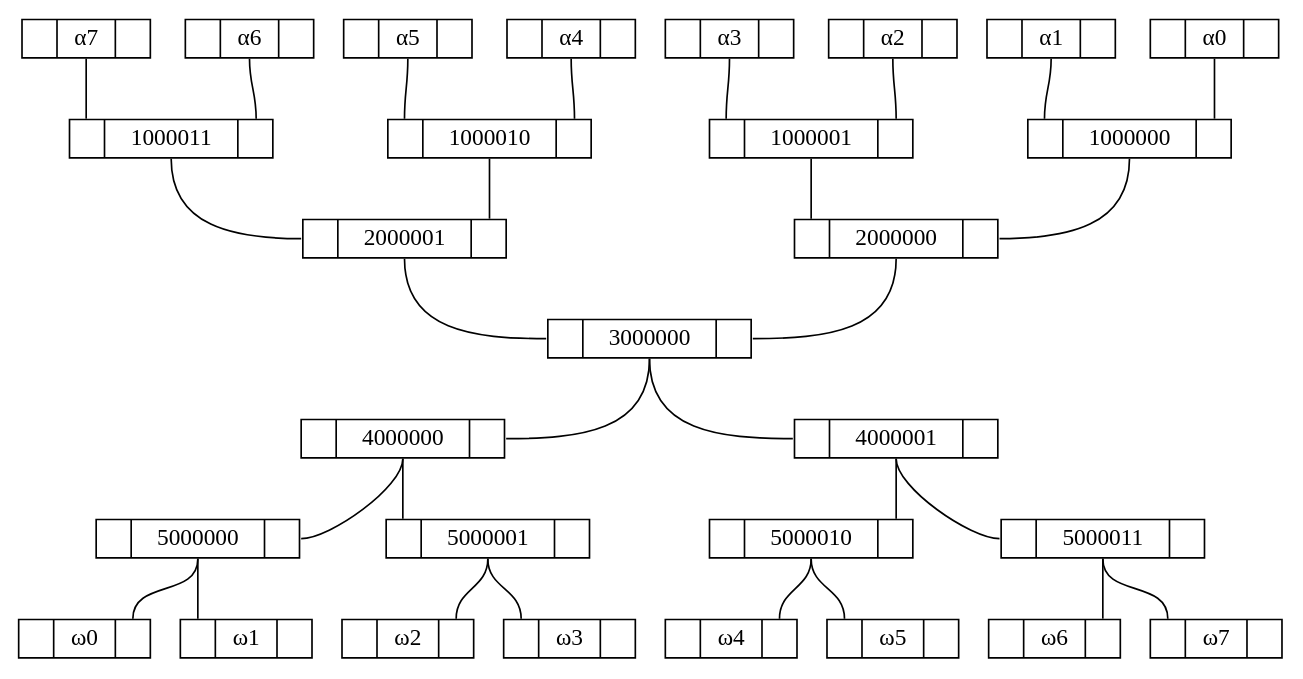
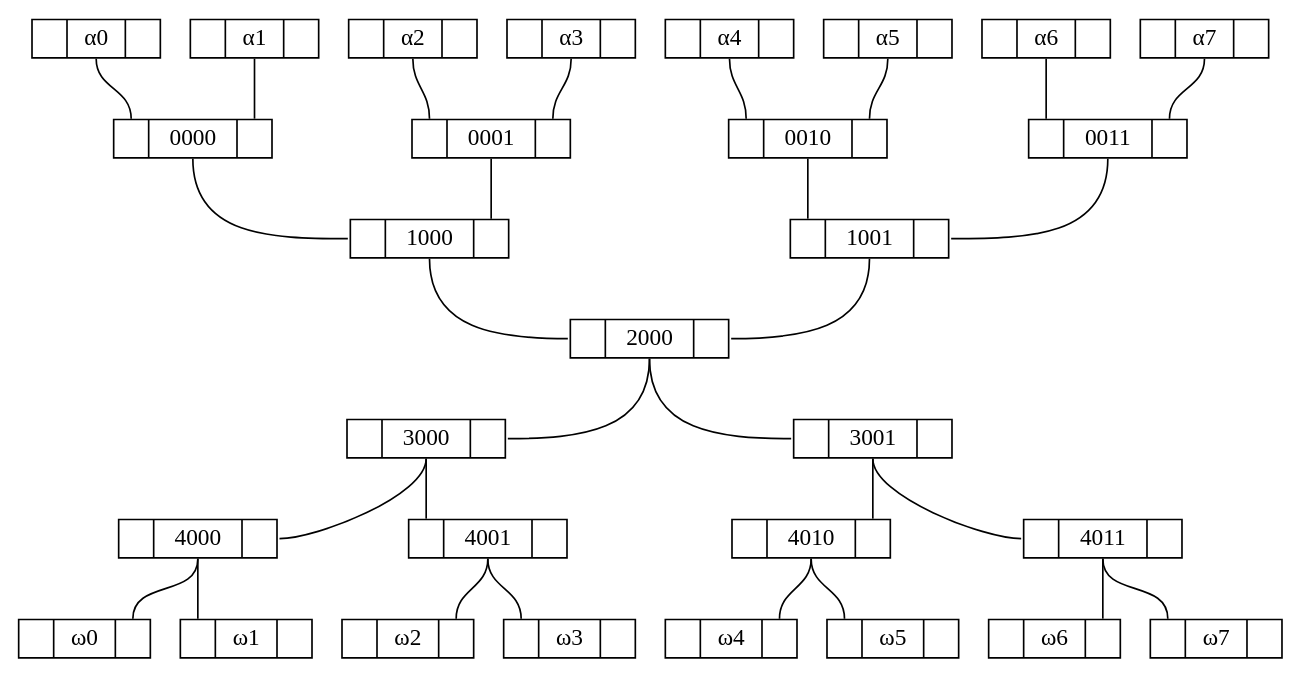
One commit to grootstebozewolf/networks changed the diagram in 8 binairy tree general.gv. Above: the diagram before and after it, drawn with Graphviz. The commit also changed 6 other files, not shown here.

```diff
--- a/8 binairy tree general.gv
+++ b/8 binairy tree general.gv
@@ -1,60 +1,61 @@
 graph "8 binairy tree general" {
 	node [height=.1 shape=record]
-	"α000000" [label="<f0> |<f1> α0|<f2>"]
-	"α000000":f1 -- 1000000:f2
-	"α000001" [label="<f0> |<f1> α1|<f2>"]
-	"α000001":f1 -- 1000000:f0
-	"α000010" [label="<f0> |<f1> α2|<f2>"]
-	"α000010":f1 -- 1000001:f2
-	"α000011" [label="<f0> |<f1> α3|<f2>"]
-	"α000011":f1 -- 1000001:f0
-	"α000100" [label="<f0> |<f1> α4|<f2>"]
-	"α000100":f1 -- 1000010:f2
-	"α000101" [label="<f0> |<f1> α5|<f2>"]
-	"α000101":f1 -- 1000010:f0
-	"α000110" [label="<f0> |<f1> α6|<f2>"]
-	"α000110":f1 -- 1000011:f2
-	"α000111" [label="<f0> |<f1> α7|<f2>"]
-	"α000111":f1 -- 1000011:f0
-	"ω000000" [label="<f0> |<f1> ω0|<f2>"]
-	"ω000001" [label="<f0> |<f1> ω1|<f2>"]
-	"ω000010" [label="<f0> |<f1> ω2|<f2>"]
-	"ω000011" [label="<f0> |<f1> ω3|<f2>"]
-	"ω000100" [label="<f0> |<f1> ω4|<f2>"]
-	"ω000101" [label="<f0> |<f1> ω5|<f2>"]
-	"ω000110" [label="<f0> |<f1> ω6|<f2>"]
-	"ω000111" [label="<f0> |<f1> ω7|<f2>"]
-	1000000 [label="<f0> |<f1> 1000000|<f2>"]
-	1000000:f1 -- 2000000:f2
-	1000001 [label="<f0> |<f1> 1000001|<f2>"]
-	1000001:f1 -- 2000000:f0
-	1000010 [label="<f0> |<f1> 1000010|<f2>"]
-	1000010:f1 -- 2000001:f2
-	1000011 [label="<f0> |<f1> 1000011|<f2>"]
-	1000011:f1 -- 2000001:f0
-	5000000 [label="<f0> |<f1> 5000000|<f2>"]
-	5000000:f1 -- "ω000000":f2
-	5000000:f1 -- "ω000001":f0
-	5000001 [label="<f0> |<f1> 5000001|<f2>"]
-	5000001:f1 -- "ω000010":f2
-	5000001:f1 -- "ω000011":f0
-	5000010 [label="<f0> |<f1> 5000010|<f2>"]
-	5000010:f1 -- "ω000100":f2
-	5000010:f1 -- "ω000101":f0
-	5000011 [label="<f0> |<f1> 5000011|<f2>"]
-	5000011:f1 -- "ω000110":f2
-	5000011:f1 -- "ω000111":f0
-	3000000 [label="<f0> |<f1> 3000000|<f2>"]
-	3000000:f1 -- 4000000:f2
-	3000000:f1 -- 4000001:f0
-	2000000 [label="<f0> |<f1> 2000000|<f2>"]
-	2000000:f1 -- 3000000:f2
-	2000001 [label="<f0> |<f1> 2000001|<f2>"]
-	2000001:f1 -- 3000000:f0
-	4000000 [label="<f0> |<f1> 4000000|<f2>"]
-	4000000:f1 -- 5000000:f2
-	4000000:f1 -- 5000001:f0
-	4000001 [label="<f0> |<f1> 4000001|<f2>"]
-	4000001:f1 -- 5000010:f2
-	4000001:f1 -- 5000011:f0
+	"α000" [label="<f0> |<f1> α0|<f2>"]
+	"α000":f1 -- 0000:f0
+	"α001" [label="<f0> |<f1> α1|<f2>"]
+	"α001":f1 -- 0000:f2
+	"α010" [label="<f0> |<f1> α2|<f2>"]
+	"α010":f1 -- 0001:f0
+	"α011" [label="<f0> |<f1> α3|<f2>"]
+	"α011":f1 -- 0001:f2
+	"α100" [label="<f0> |<f1> α4|<f2>"]
+	"α100":f1 -- 0010:f0
+	"α101" [label="<f0> |<f1> α5|<f2>"]
+	"α101":f1 -- 0010:f2
+	"α110" [label="<f0> |<f1> α6|<f2>"]
+	"α110":f1 -- 0011:f0
+	"α111" [label="<f0> |<f1> α7|<f2>"]
+	"α111":f1 -- 0011:f2
+	"ω000" [label="<f0> |<f1> ω0|<f2>"]
+	"ω001" [label="<f0> |<f1> ω1|<f2>"]
+	"ω010" [label="<f0> |<f1> ω2|<f2>"]
+	"ω011" [label="<f0> |<f1> ω3|<f2>"]
+	"ω100" [label="<f0> |<f1> ω4|<f2>"]
+	"ω101" [label="<f0> |<f1> ω5|<f2>"]
+	"ω110" [label="<f0> |<f1> ω6|<f2>"]
+	"ω111" [label="<f0> |<f1> ω7|<f2>"]
+	0000 [label="<f0> |<f1> 0000|<f2>"]
+	0000:f1 -- 1000:f0
+	0001 [label="<f0> |<f1> 0001|<f2>"]
+	0001:f1 -- 1000:f2
+	0010 [label="<f0> |<f1> 0010|<f2>"]
+	0010:f1 -- 1001:f0
+	0011 [label="<f0> |<f1> 0011|<f2>"]
+	0011:f1 -- 1001:f2
+	4000 [label="<f0> |<f1> 4000|<f2>"]
+	4000:f1 -- "ω000":f2
+	4000:f1 -- "ω001":f0
+	4001 [label="<f0> |<f1> 4001|<f2>"]
+	4001:f1 -- "ω010":f2
+	4001:f1 -- "ω011":f0
+	4010 [label="<f0> |<f1> 4010|<f2>"]
+	4010:f1 -- "ω100":f2
+	4010:f1 -- "ω101":f0
+	4011 [label="<f0> |<f1> 4011|<f2>"]
+	4011:f1 -- "ω110":f2
+	4011:f1 -- "ω111":f0
+	1000 [label="<f0> |<f1> 1000|<f2>"]
+	1000:f1 -- 2000:f0
+	1001 [label="<f0> |<f1> 1001|<f2>"]
+	1001:f1 -- 2000:f2
+	3000 [label="<f0> |<f1> 3000|<f2>"]
+	3000:f1 -- 4000:f2
+	3000:f1 -- 4001:f0
+	3001 [label="<f0> |<f1> 3001|<f2>"]
+	3001:f1 -- 4010:f2
+	3001:f1 -- 4011:f0
+	2000 [label="<f0> |<f1> 2000|<f2>"]
+	2000 [label="<f0> |<f1> 2000|<f2>"]
+	2000:f1 -- 3000:f2
+	2000:f1 -- 3001:f0
 }
```
